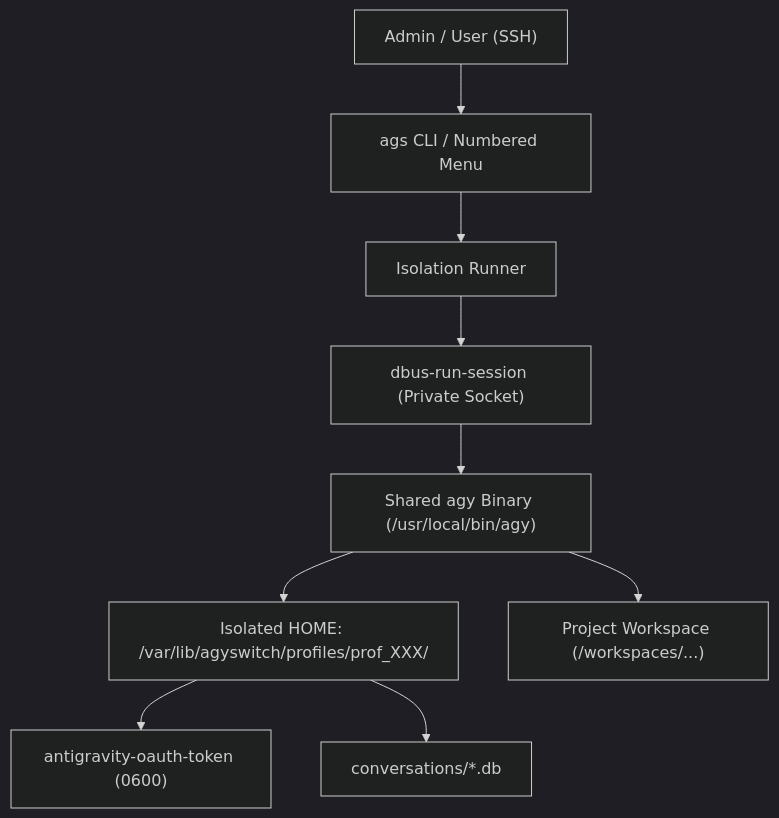
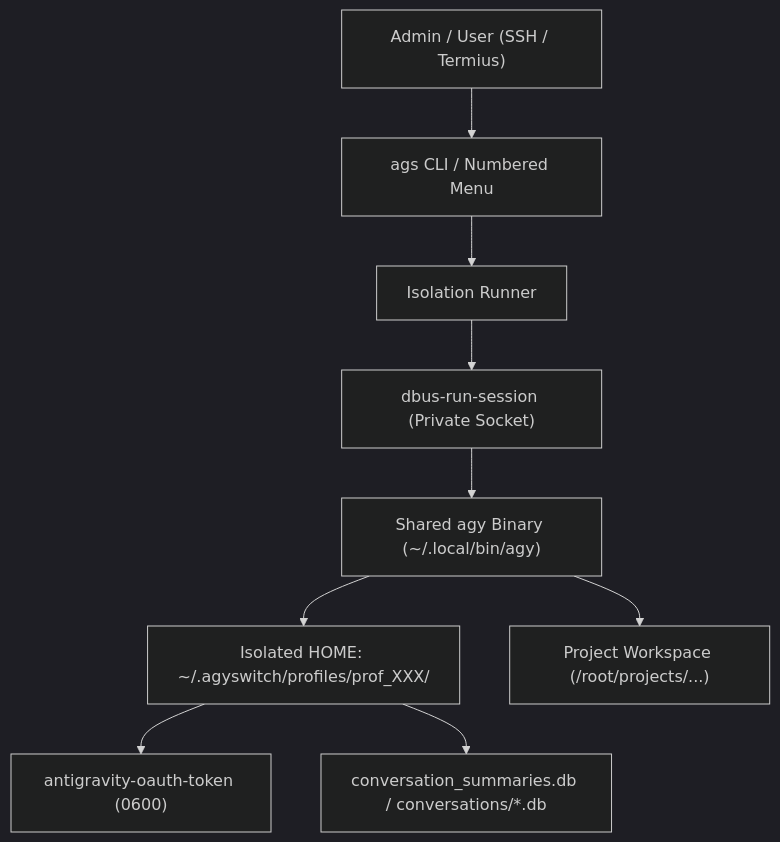
One commit to geekammar/agyswitch changed the diagram in docs/ARCHITECTURE.md. Above: the diagram before and after it, drawn with Mermaid (dark theme). The commit also changed other lines of this file and 10 other files, not shown here.

````diff
--- a/docs/ARCHITECTURE.md
+++ b/docs/ARCHITECTURE.md
@@ -148,11 +100,11 @@
 ```mermaid
-graph TD
-    User["Admin / User (SSH)"] --> AGS["ags CLI / Numbered Menu"]
+flowchart TD
+    User["Admin / User (SSH / Termius)"] --> AGS["ags CLI / Numbered Menu"]
     AGS --> Runner["Isolation Runner"]
     Runner --> Dbus["dbus-run-session (Private Socket)"]
-    Dbus --> AGY["Shared agy Binary (/usr/local/bin/agy)"]
-    AGY --> ProfHome["Isolated HOME: /var/lib/agyswitch/profiles/prof_XXX/"]
+    Dbus --> AGY["Shared agy Binary (~/.local/bin/agy)"]
+    AGY --> ProfHome["Isolated HOME: ~/.agyswitch/profiles/prof_XXX/"]
     ProfHome --> Token["antigravity-oauth-token (0600)"]
-    ProfHome --> DB["conversations/*.db"]
-    AGY --> Workspace["Project Workspace (/workspaces/...)"]
+    ProfHome --> DB["conversation_summaries.db / conversations/*.db"]
+    AGY --> Workspace["Project Workspace (/root/projects/...)"]
 ```
````
